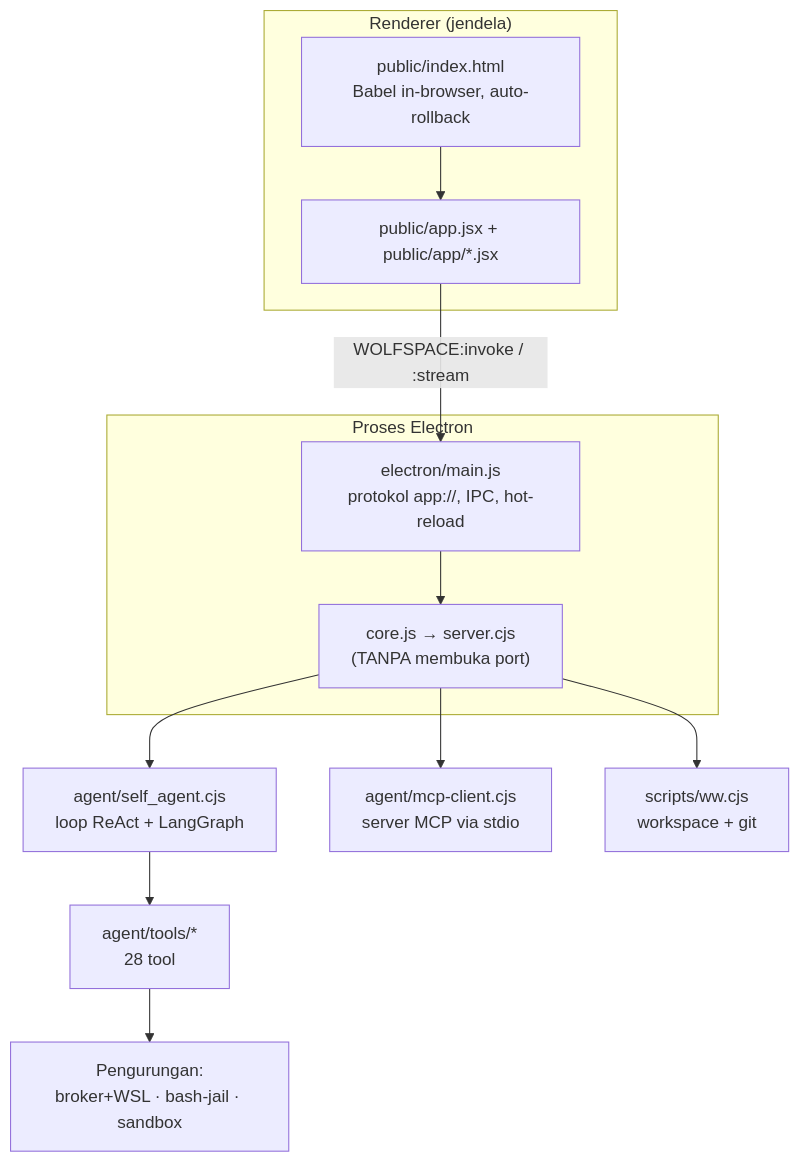
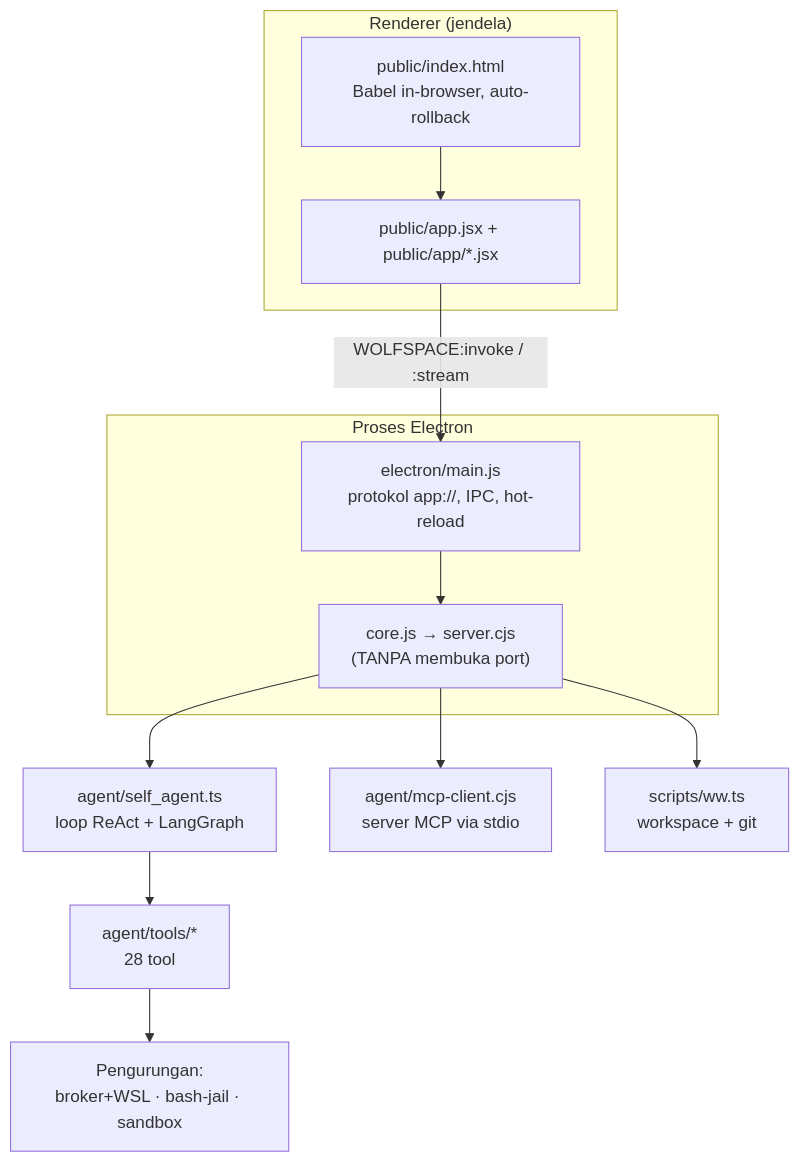
Before and after one commit to tegardave-alt/Wolfspace-ai-native: the diagram in docs/PETA.md, drawn with Mermaid. The commit also changed other lines of this file and 102 other files, not shown here.

````diff
--- a/docs/PETA.md
+++ b/docs/PETA.md
@@ -37,19 +37,19 @@
 ```mermaid
 graph TD
     subgraph Electron["Proses Electron"]
         Main["electron/main.js<br/>protokol app://, IPC, hot-reload"]
         Core["core.js → server.cjs<br/>(TANPA membuka port)"]
         Main --> Core
     end
     subgraph Renderer["Renderer (jendela)"]
         HTML["public/index.html<br/>Babel in-browser, auto-rollback"]
         App["public/app.jsx + public/app/*.jsx"]
         HTML --> App
     end
     App -- "WOLFSPACE:invoke / :stream" --> Main
-    Core --> Agent["agent/self_agent.cjs<br/>loop ReAct + LangGraph"]
+    Core --> Agent["agent/self_agent.ts<br/>loop ReAct + LangGraph"]
     Agent --> Tools["agent/tools/*<br/>28 tool"]
     Tools --> Kurung["Pengurungan:<br/>broker+WSL · bash-jail · sandbox"]
     Core --> MCP["agent/mcp-client.cjs<br/>server MCP via stdio"]
-    Core --> WW["scripts/ww.cjs<br/>workspace + git"]
+    Core --> WW["scripts/ww.ts<br/>workspace + git"]
 ```
````
